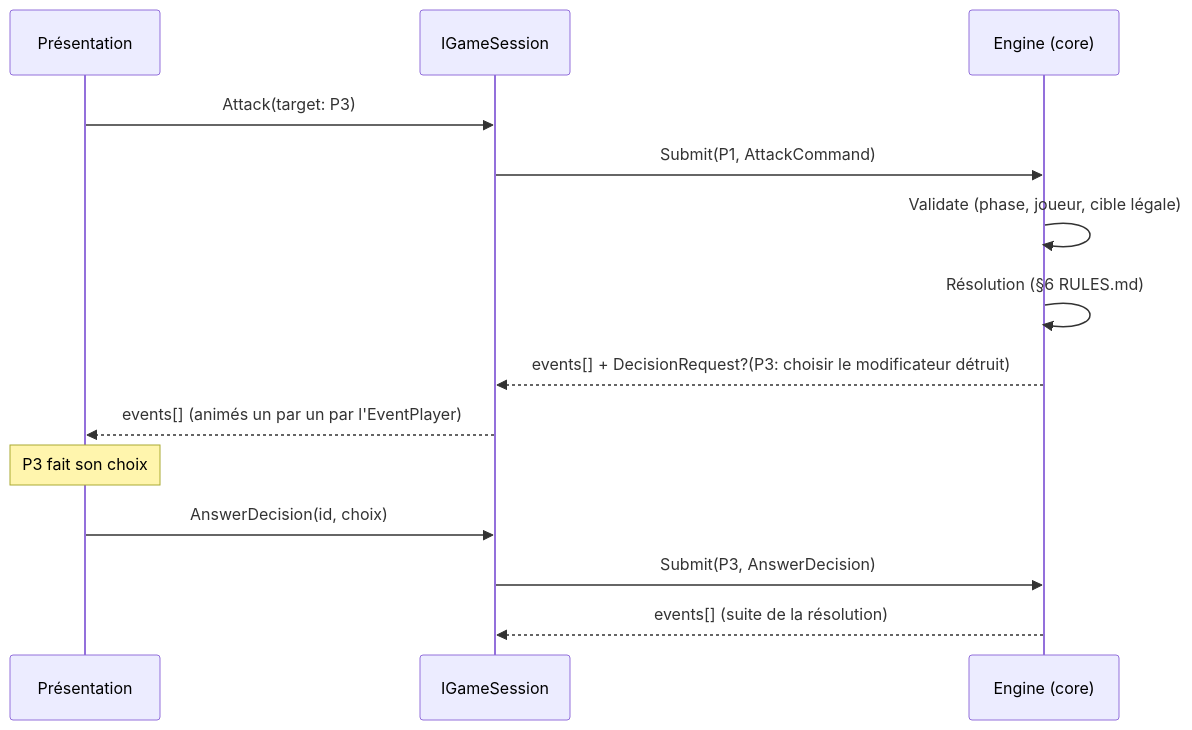
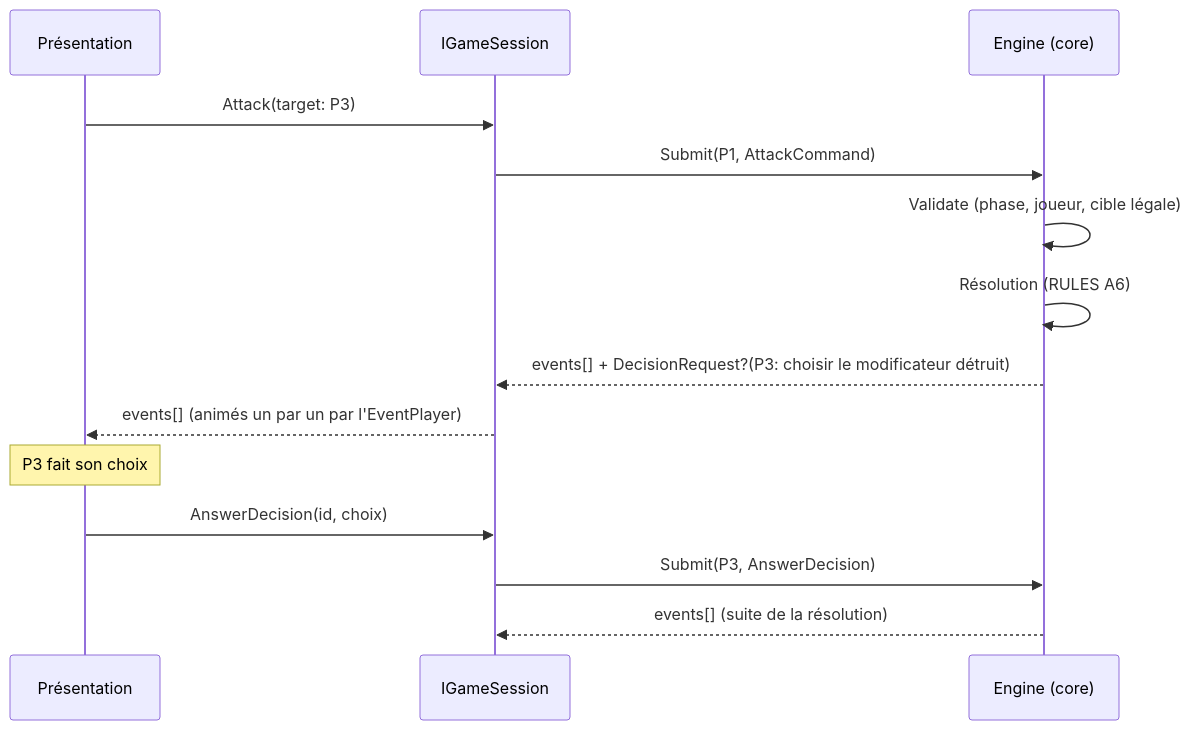
The second of 3 diagrams in docs/ARCHITECTURE.md (La-Cizaille/vortex), drawn with Mermaid before and after one commit. The commit also changed other lines of this file and 44 other files, not shown here.

````diff
--- a/docs/ARCHITECTURE.md
+++ b/docs/ARCHITECTURE.md
@@ -43,16 +45,16 @@
 ```mermaid
 sequenceDiagram
     participant UI as Présentation
     participant SE as IGameSession
     participant EN as Engine (core)
     UI->>SE: Attack(target: P3)
     SE->>EN: Submit(P1, AttackCommand)
     EN->>EN: Validate (phase, joueur, cible légale)
-    EN->>EN: Résolution (§6 RULES.md)
+    EN->>EN: Résolution (RULES A6)
     EN-->>SE: events[] + DecisionRequest?(P3: choisir le modificateur détruit)
     SE-->>UI: events[] (animés un par un par l'EventPlayer)
     Note over UI: P3 fait son choix
     UI->>SE: AnswerDecision(id, choix)
     SE->>EN: Submit(P3, AnswerDecision)
     EN-->>SE: events[] (suite de la résolution)
 ```
````
